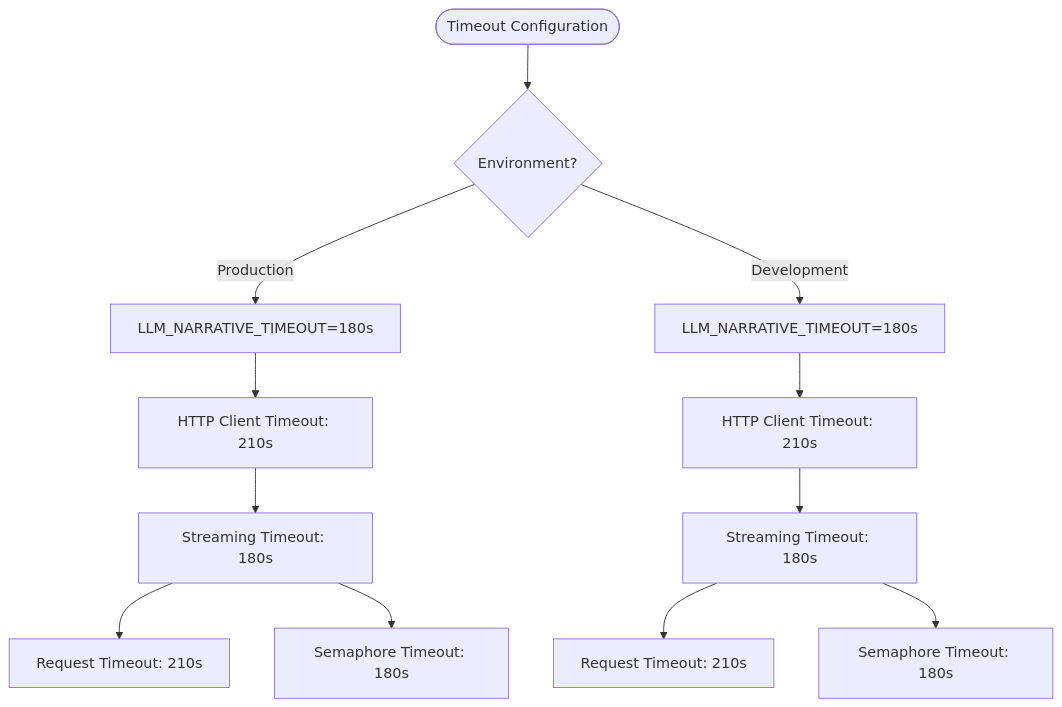
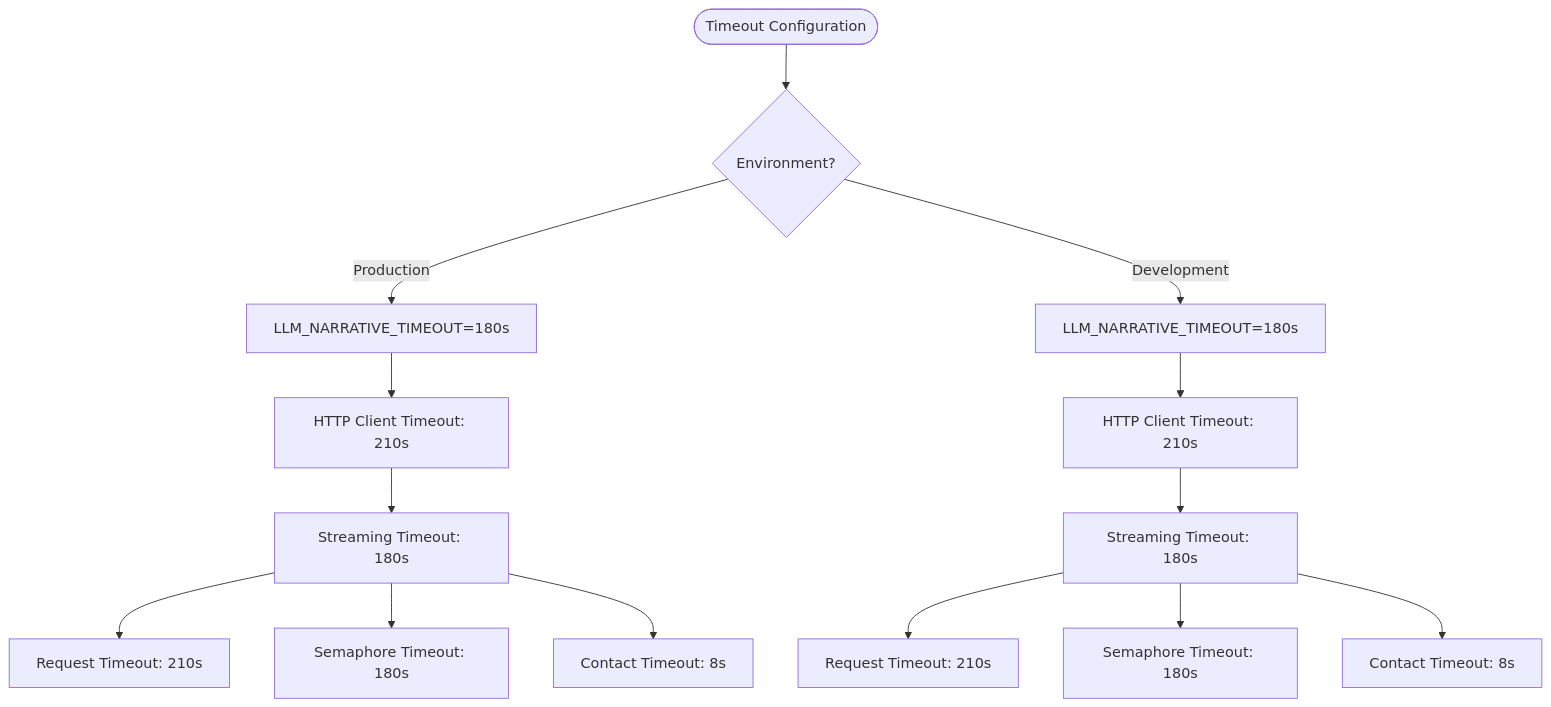
The fifth of 17 diagrams in .qoder/repowiki/en/content/Analysis Engine/LLM Service Integration.md (Revanththetalogics/aireume), drawn with Mermaid before and after one commit. The commit also changed other lines of this file and 20 other files, not shown here.

````diff
--- a/.qoder/repowiki/en/content/Analysis Engine/LLM Service Integration.md
+++ b/.qoder/repowiki/en/content/Analysis Engine/LLM Service Integration.md
@@ -326,14 +357,16 @@
 ```mermaid
 flowchart TD
 Start(["Timeout Configuration"]) --> EnvCheck{"Environment?"}
 EnvCheck --> |Production| ProdTimeout["LLM_NARRATIVE_TIMEOUT=180s"]
 EnvCheck --> |Development| DevTimeout["LLM_NARRATIVE_TIMEOUT=180s"]
 ProdTimeout --> HTTPTimeout["HTTP Client Timeout: 210s"]
 DevTimeout --> HTTPTimeout2["HTTP Client Timeout: 210s"]
 HTTPTimeout --> StreamTimeout["Streaming Timeout: 180s"]
 HTTPTimeout2 --> StreamTimeout2["Streaming Timeout: 180s"]
 StreamTimeout --> RequestTimeout["Request Timeout: 210s"]
 StreamTimeout2 --> RequestTimeout2["Request Timeout: 210s"]
 StreamTimeout --> SemaphoreTimeout["Semaphore Timeout: 180s"]
 StreamTimeout2 --> SemaphoreTimeout2["Semaphore Timeout: 180s"]
+StreamTimeout --> ContactTimeout["Contact Timeout: 8s"]
+StreamTimeout2 --> ContactTimeout2["Contact Timeout: 8s"]
 ```
````
